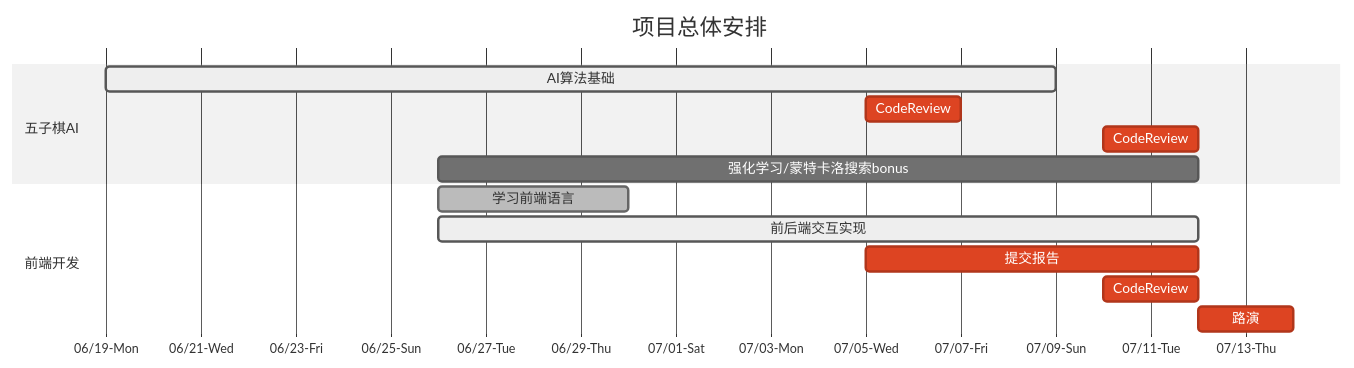
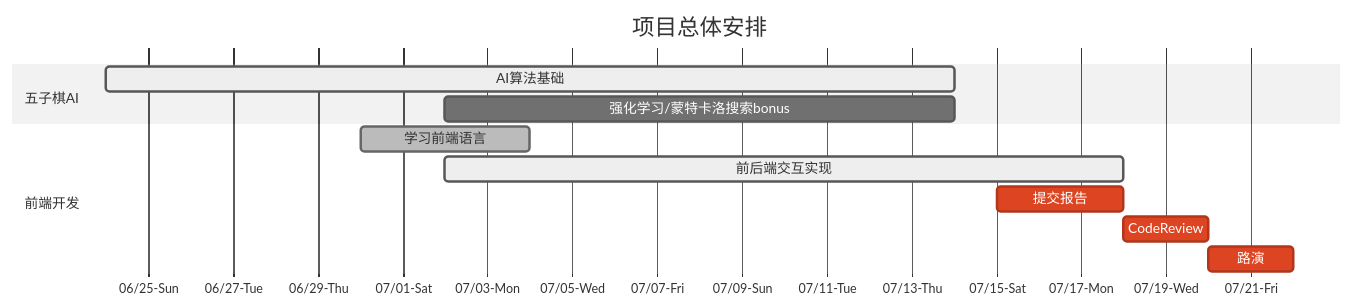
One commit to WilliamLiusy/GomokuAI changed the diagram in README.md. Above: the diagram before and after it, drawn with Mermaid (neutral theme). The commit also changed other lines of this file, not shown here.

````diff
--- a/README.md
+++ b/README.md
@@ -98,16 +98,15 @@
 ```mermaid
 gantt
     title 项目总体安排
     axisFormat %m/%d-%a
     section 五子棋AI
-    AI算法基础  :active,2023-06-19, 20d
-    CodeReview :crit,2023-07-05,2d
-    CodeReview :crit,2023-07-10,2d
-    强化学习/蒙特卡洛搜索bonus:2023-06-26,16d
+    AI算法基础  :active,2023-06-24, 20d
+    
+    强化学习/蒙特卡洛搜索bonus:2023-07-02,12d
     section 前端开发
-    学习前端语言      :done, 2023-06-26, 4d
-    前后端交互实现 :active,2023-06-26, 16d
-    提交报告      :crit, 2023-07-05, 7d
-    CodeReview  :crit, 2023-07-10, 2d
-    路演				:crit, 2d
+    学习前端语言      :done, 2023-06-30, 4d
+    前后端交互实现 :active, 2023-07-02, 16d
+    提交报告      :crit, 2023-07-15, 3d
+    CodeReview :crit,2023-07-18,2d
+    路演				:crit, 2023-07-20, 2d
 ```
````
